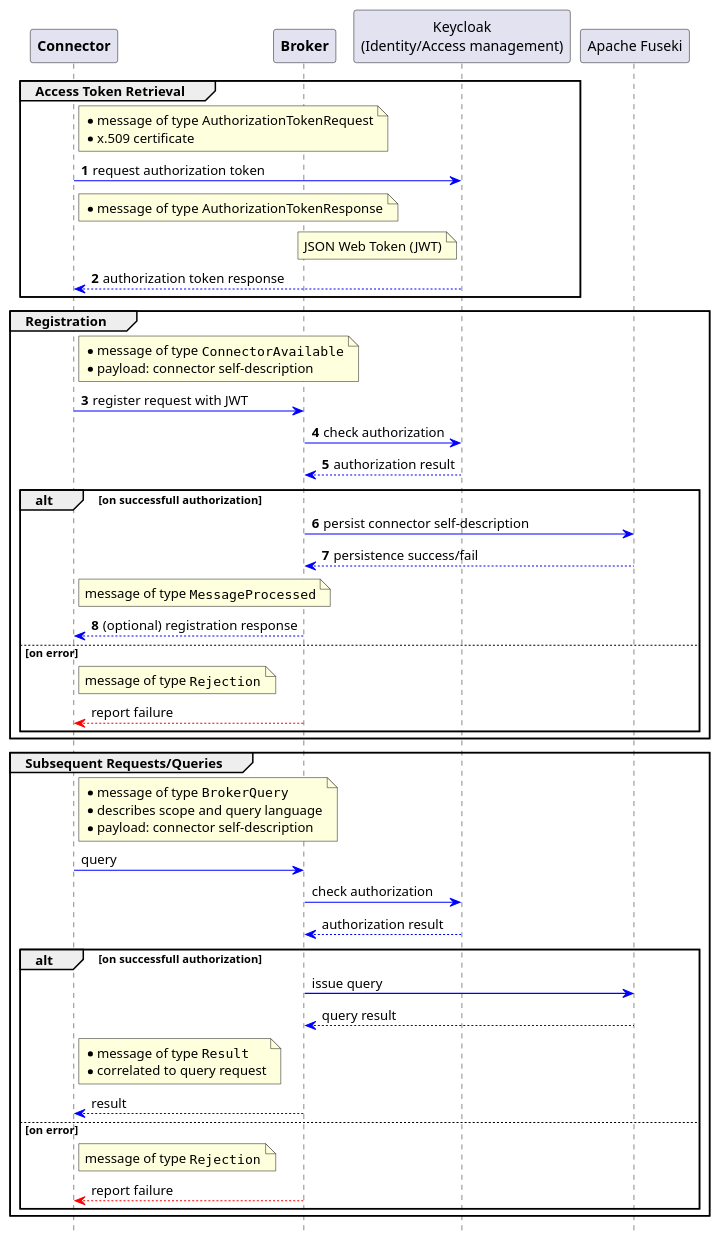
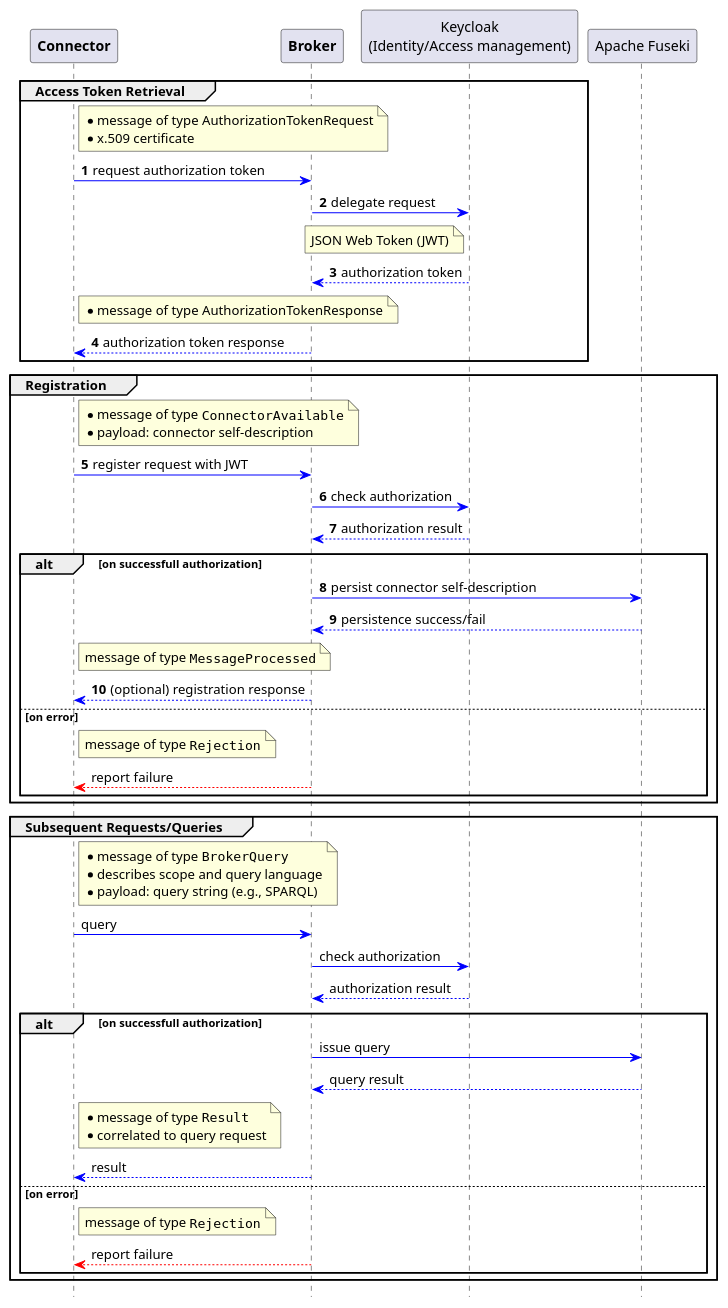
The diagram in connector_broker_interaction_http.plantuml (IndustrialDataSpace/Documentation), drawn with PlantUML before and after one commit. The commit also changed 3 other files, not shown here.

```diff
--- a/connector_broker_interaction_http.plantuml
+++ b/connector_broker_interaction_http.plantuml
@@ -1,63 +1,67 @@
 @startuml
 participant "**Connector**" as C
 participant "**Broker**" as B
 participant "Keycloak\n(Identity/Access management)" as K
 participant "Apache Fuseki" as F
 
 autonumber
 hide footbox
 
 group Access Token Retrieval
     note right of C: *message of type AuthorizationTokenRequest\n*x.509 certificate
-    C -[#blue]> K : request authorization token
+    C -[#blue]> B : request authorization token
+
+    B -[#blue]> K : delegate request
+
+    note left of K: JSON Web Token (JWT)
+    B <-[#blue]-- K : authorization token
 
     note right of C: *message of type AuthorizationTokenResponse
-    note left of K: JSON Web Token (JWT)
-    K --[#blue]> C : authorization token response
+    B --[#blue]> C : authorization token response
 end
 
 group Registration
     note right of C: *message of type ""ConnectorAvailable""\n*payload: connector self-description
     C -[#blue]> B : register request with JWT
 
     B -[#blue]> K : check authorization
     K --[#blue]> B : authorization result
 
     alt on successfull authorization
         B -[#blue]> F : persist connector self-description
         F --[#blue]> B : persistence success/fail
 
 
         note right of C: message of type ""MessageProcessed""
         B --[#blue]> C : (optional) registration response
 
     else on error
         autonumber stop
         note right of C: message of type ""Rejection""
         B --[#red]> C : report failure
     end
 end
 
 group Subsequent Requests/Queries
-    note right of C: *message of type ""BrokerQuery""\n*describes scope and query language\n*payload: connector self-description
+    note right of C: *message of type ""BrokerQuery""\n*describes scope and query language\n*payload: query string (e.g., SPARQL)
     C -[#blue]> B : query
 
     B -[#blue]> K : check authorization
     K --[#blue]> B : authorization result
 
     alt on successfull authorization
         B -[#blue]> F : issue query
         F --[#blue]> B : query result
 
 
         note right of C: *message of type ""Result""\n*correlated to query request
         B --[#blue]> C : result
 
     else on error
         autonumber stop
         note right of C: message of type ""Rejection""
         B --[#red]> C : report failure
     end
 end
 
 @enduml
```
